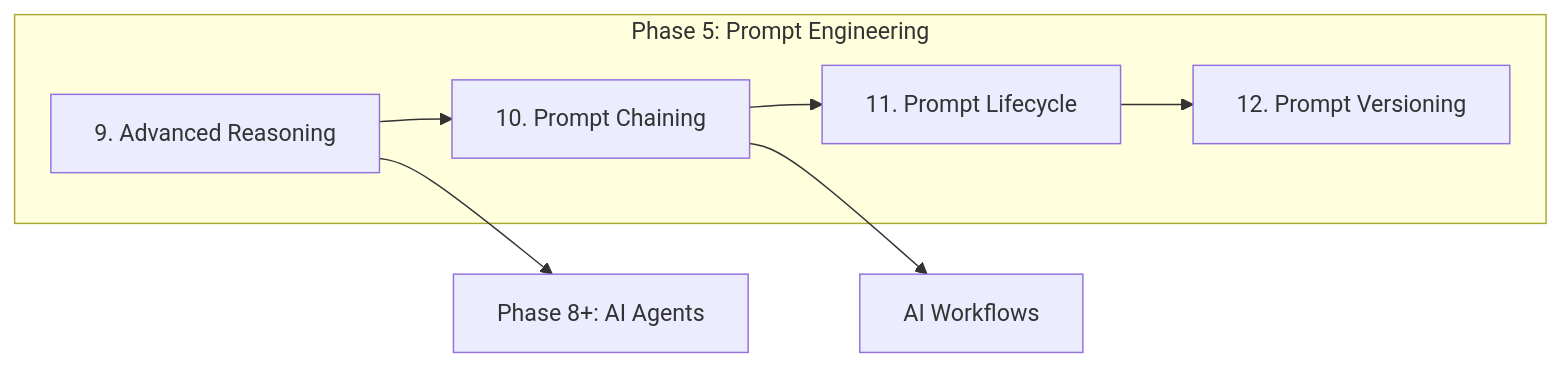
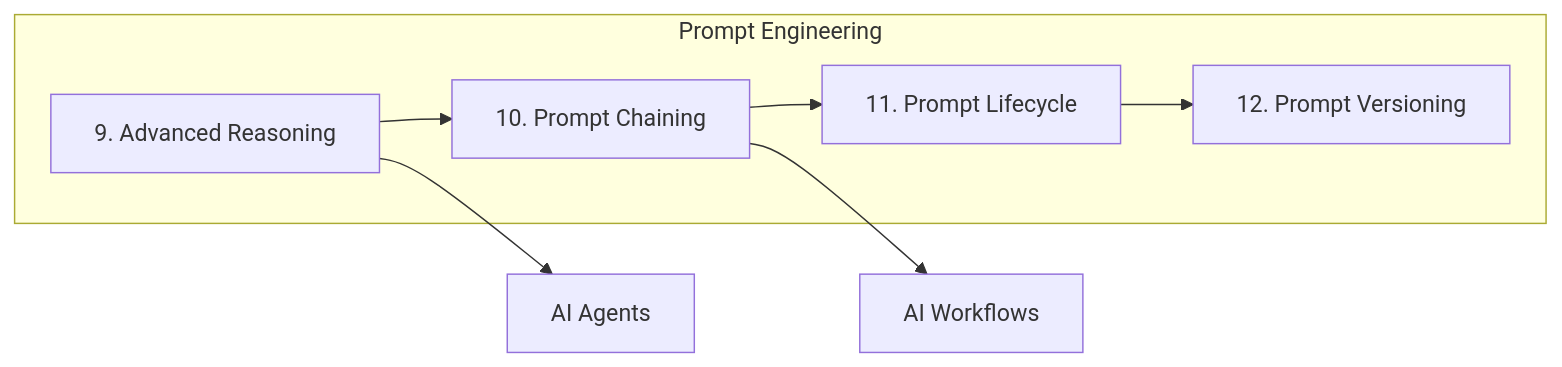
Before and after one commit to abdulsamad183/ai-engineering-playbook: the first of 13 diagrams in domains/prompt-engineering/advanced-reasoning-strategies.md, drawn with Mermaid. The commit also changed other lines of this file and 301 other files, not shown here.

````diff
--- a/domains/prompt-engineering/advanced-reasoning-strategies.md
+++ b/domains/prompt-engineering/advanced-reasoning-strategies.md
@@ -60,13 +60,13 @@
 ```mermaid
 flowchart LR
-    subgraph "Phase 5: Prompt Engineering"
+    subgraph "Prompt Engineering"
         S9[9. Advanced Reasoning]
         S10[10. Prompt Chaining]
         S11[11. Prompt Lifecycle]
         S12[12. Prompt Versioning]
     end
 
     S9 --> S10 --> S11 --> S12
-    S9 --> AGENTS[Phase 8+: AI Agents]
+    S9 --> AGENTS[AI Agents]
     S10 --> WORKFLOWS[AI Workflows]
 ```
````
